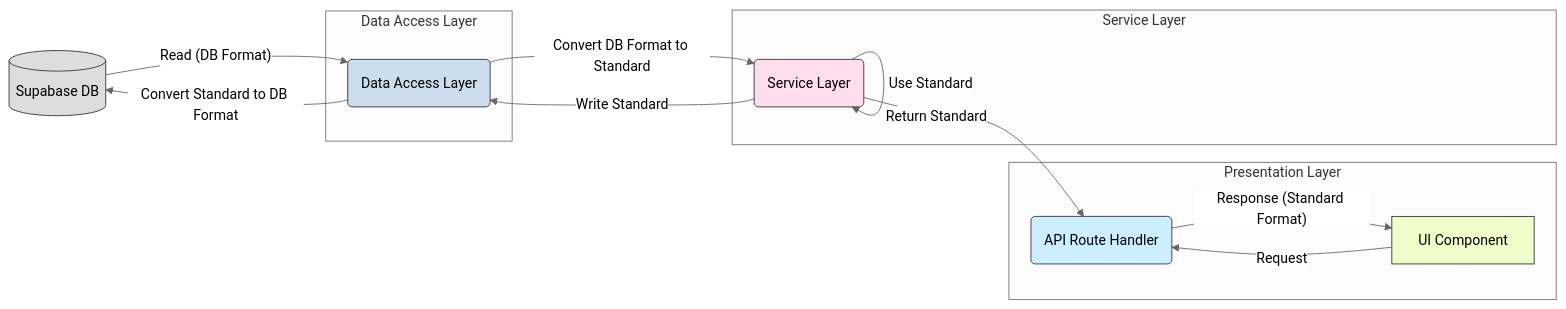
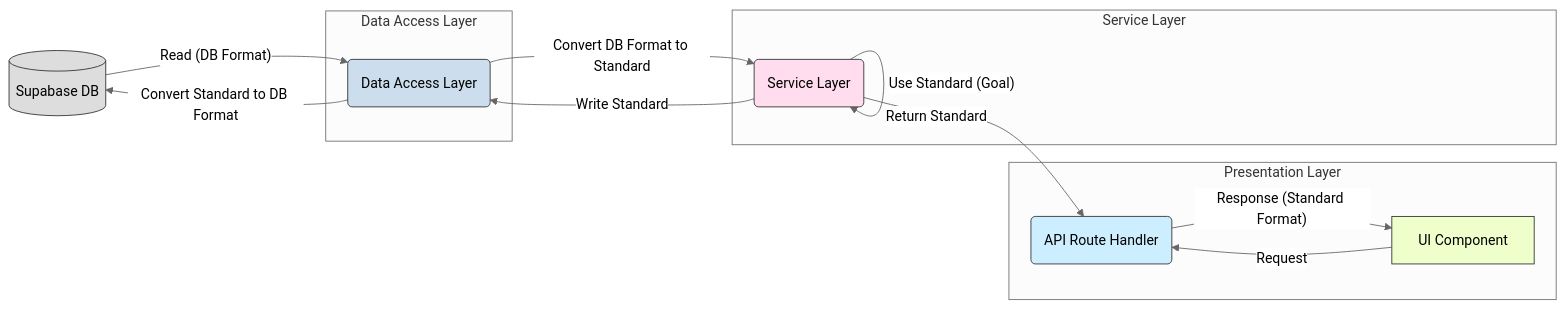
Before and after one commit to Mako3333/manmaru: the diagram in docs/guidelines/nutrition-type-standardization.md, drawn with Mermaid (neutral theme). The commit also changed other lines of this file, not shown here.

````diff
--- a/docs/guidelines/nutrition-type-standardization.md
+++ b/docs/guidelines/nutrition-type-standardization.md
@@ -81,29 +91,29 @@
 ```mermaid
 graph LR
     DB[(Supabase DB)] -- Read (DB Format) --> Repo(Data Access Layer)
     Repo -- Convert DB Format to Standard --> Service(Service Layer)
-    Service -- Use Standard --> Service
+    Service -- Use Standard (Goal) --> Service
     Service -- Return Standard --> API(API Route Handler)
     Repo -- Convert Standard to DB Format --> DB
     Service -- Write Standard --> Repo
 
     UI[UI Component] -- Request --> API
     API -- Response (Standard Format) --> UI
 
     subgraph Data Access Layer
         Repo
     end
     subgraph Service Layer
         Service
     end
     subgraph Presentation Layer
         API
         UI
     end
 
     style DB fill:#ddd,stroke:#333
     style Repo fill:#cde,stroke:#333
     style Service fill:#fde,stroke:#333
     style API fill:#cef,stroke:#333
     style UI fill:#efc,stroke:#333
 ```
````
